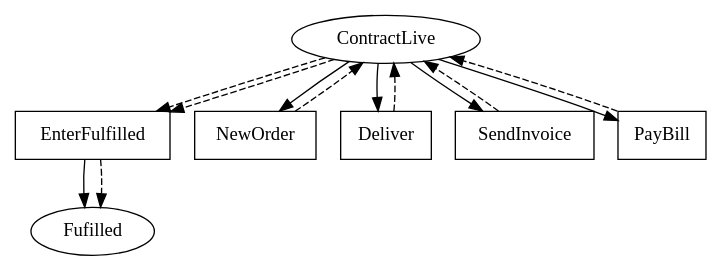
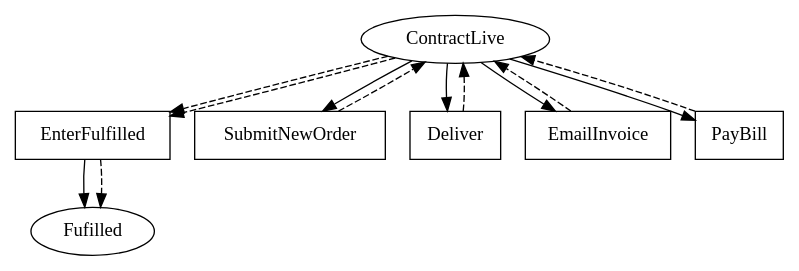
Before and after one commit to Marcao02/complaw-deeptech: the diagram in linear_state_machine_language/pyL4/examples_graphviz_out/hvitved_master_sales_agreement_full_without_future_obligations.dot, drawn with Graphviz. The commit also changed 10 other files, not shown here.

```diff
--- a/linear_state_machine_language/pyL4/examples_graphviz_out/hvitved_master_sales_agreement_full_without_future_obligations.dot
+++ b/linear_state_machine_language/pyL4/examples_graphviz_out/hvitved_master_sales_agreement_full_without_future_obligations.dot
@@ -1,31 +1,31 @@
 // THIS IS A GENERATED FILE. DO NOT EDIT.
 
 digraph Master_Sales_Agreement {    
     Fulfilled[label=Fufilled];
     ContractLive[label=ContractLive]
     
     EnterFulfilled[label=EnterFufilled,shape=box]; 
     EnterFulfilled[label=EnterFulfilled,shape=box];
-	NewOrder[label=NewOrder,shape=box];
+	SubmitNewOrder[label=SubmitNewOrder,shape=box];
 	Deliver[label=Deliver,shape=box];
-	SendInvoice[label=SendInvoice,shape=box];
+	EmailInvoice[label=EmailInvoice,shape=box];
 	PayBill[label=PayBill,shape=box]    
     
     EnterFulfilled -> Fulfilled;
     
-    ContractLive -> NewOrder;
+    ContractLive -> SubmitNewOrder;
 	ContractLive -> PayBill;
 	ContractLive -> Deliver;
-	ContractLive -> SendInvoice;
+	ContractLive -> EmailInvoice;
 	ContractLive -> EnterFulfilled [style=dashed];
 	ContractLive -> EnterFulfilled [style=dashed]
     
     EnterFulfilled -> Fulfilled [style=dashed];
-	NewOrder -> ContractLive [style=dashed];
+	SubmitNewOrder -> ContractLive [style=dashed];
 	Deliver -> ContractLive [style=dashed];
-	SendInvoice -> ContractLive [style=dashed];
+	EmailInvoice -> ContractLive [style=dashed];
 	PayBill -> ContractLive [style=dashed];
 	     
     
        
 }
```
